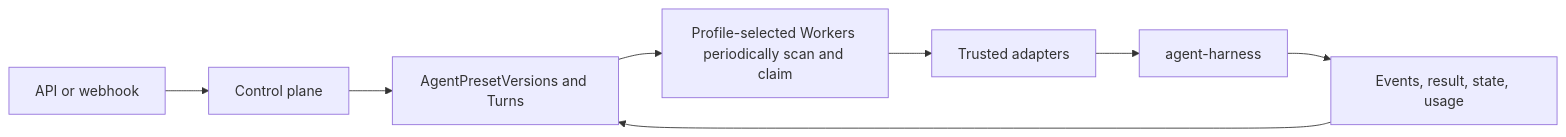
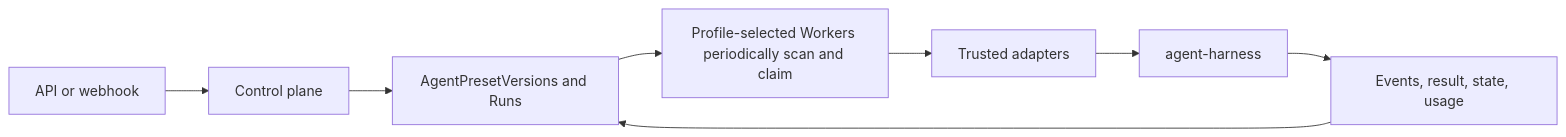
The second of 4 diagrams in spec/README.md (LTThreeComma/agent-foundation), drawn with Mermaid before and after one commit. The commit also changed other lines of this file and 50 other files, not shown here.

First line of the commit message:
refactor(foundation): rename durable turns to runs (#65)

````diff
--- a/spec/README.md
+++ b/spec/README.md
@@ -194,10 +194,10 @@
 ```mermaid
 flowchart LR
     Ingress[API or webhook] --> Control[Control plane]
-    Control --> Durable[AgentPresetVersions and Turns]
+    Control --> Durable[AgentPresetVersions and Runs]
     Durable --> Worker[Profile-selected Workers periodically scan and claim]
     Worker --> Reconstruct[Trusted adapters]
     Reconstruct --> Harness[agent-harness]
     Harness --> Candidate[Events, result, state, usage]
     Candidate --> Durable
 ```
````
